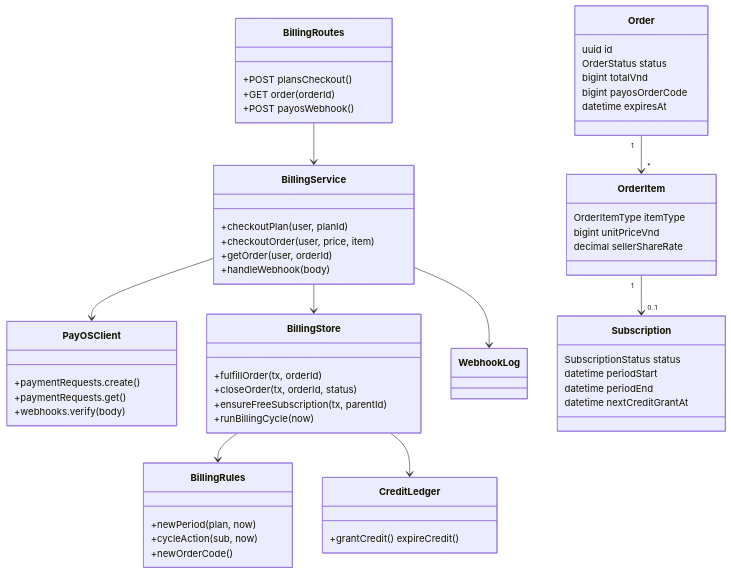
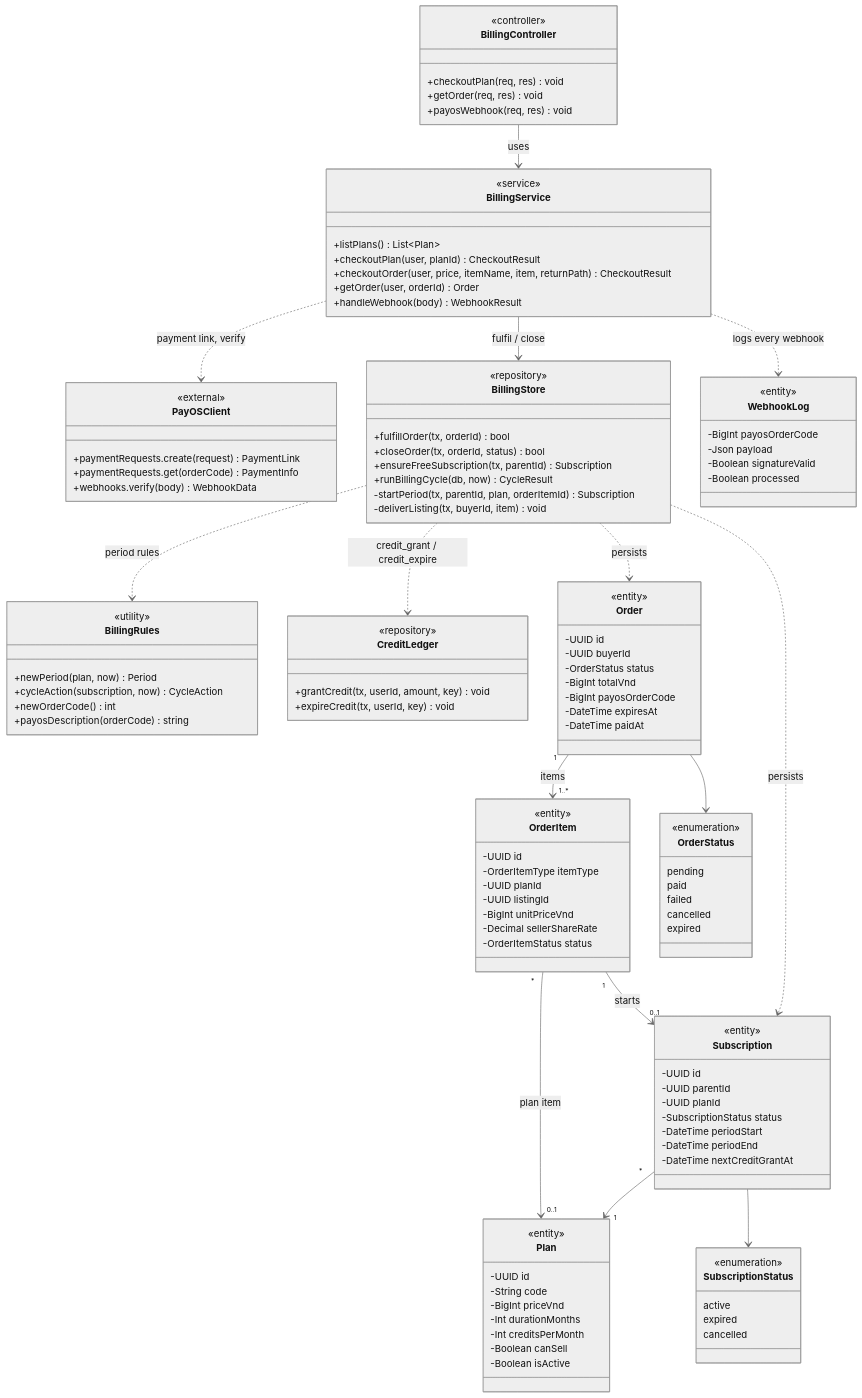
One commit to SEP490-GFA26SE186/BE changed the diagram in docs/diagrams/sdd/3.5-billing-class.mmd. Above: the diagram before and after it, drawn with Mermaid. The commit also changed 46 other files, not shown here.

First line of the commit message:
Refactor class diagrams and sequence diagrams for monitoring, publishing, and withdrawals

```diff
--- a/docs/diagrams/sdd/3.5-billing-class.mmd
+++ b/docs/diagrams/sdd/3.5-billing-class.mmd
@@ -1,58 +1,120 @@
+%%{init: {"theme": "neutral", "themeVariables": {"fontFamily": "Arial"}}}%%
 classDiagram
-  class BillingRoutes {
-    +POST plansCheckout()
-    +GET order(orderId)
-    +POST payosWebhook()
+  direction TB
+  class BillingController {
+    <<controller>>
+    +checkoutPlan(req, res) void
+    +getOrder(req, res) void
+    +payosWebhook(req, res) void
   }
   class BillingService {
-    +checkoutPlan(user, planId)
-    +checkoutOrder(user, price, item)
-    +getOrder(user, orderId)
-    +handleWebhook(body)
+    <<service>>
+    +listPlans() List~Plan~
+    +checkoutPlan(user, planId) CheckoutResult
+    +checkoutOrder(user, price, itemName, item, returnPath) CheckoutResult
+    +getOrder(user, orderId) Order
+    +handleWebhook(body) WebhookResult
   }
   class BillingStore {
-    +fulfillOrder(tx, orderId)
-    +closeOrder(tx, orderId, status)
-    +ensureFreeSubscription(tx, parentId)
-    +runBillingCycle(now)
+    <<repository>>
+    +fulfillOrder(tx, orderId) bool
+    +closeOrder(tx, orderId, status) bool
+    +ensureFreeSubscription(tx, parentId) Subscription
+    +runBillingCycle(db, now) CycleResult
+    -startPeriod(tx, parentId, plan, orderItemId) Subscription
+    -deliverListing(tx, buyerId, item) void
   }
   class BillingRules {
-    +newPeriod(plan, now)
-    +cycleAction(sub, now)
-    +newOrderCode()
+    <<utility>>
+    +newPeriod(plan, now) Period
+    +cycleAction(subscription, now) CycleAction
+    +newOrderCode() int
+    +payosDescription(orderCode) string
   }
   class PayOSClient {
-    +paymentRequests.create()
-    +paymentRequests.get()
-    +webhooks.verify(body)
+    <<external>>
+    +paymentRequests.create(request) PaymentLink
+    +paymentRequests.get(orderCode) PaymentInfo
+    +webhooks.verify(body) WebhookData
   }
   class CreditLedger {
-    +grantCredit() expireCredit()
+    <<repository>>
+    +grantCredit(tx, userId, amount, key) void
+    +expireCredit(tx, userId, key) void
+  }
+  class Plan {
+    <<entity>>
+    -UUID id
+    -String code
+    -BigInt priceVnd
+    -Int durationMonths
+    -Int creditsPerMonth
+    -Boolean canSell
+    -Boolean isActive
   }
   class Order {
-    uuid id
-    OrderStatus status
-    bigint totalVnd
-    bigint payosOrderCode
-    datetime expiresAt
+    <<entity>>
+    -UUID id
+    -UUID buyerId
+    -OrderStatus status
+    -BigInt totalVnd
+    -BigInt payosOrderCode
+    -DateTime expiresAt
+    -DateTime paidAt
   }
   class OrderItem {
-    OrderItemType itemType
-    bigint unitPriceVnd
-    decimal sellerShareRate
+    <<entity>>
+    -UUID id
+    -OrderItemType itemType
+    -UUID planId
+    -UUID listingId
+    -BigInt unitPriceVnd
+    -Decimal sellerShareRate
+    -OrderItemStatus status
   }
   class Subscription {
-    SubscriptionStatus status
-    datetime periodStart
-    datetime periodEnd
-    datetime nextCreditGrantAt
+    <<entity>>
+    -UUID id
+    -UUID parentId
+    -UUID planId
+    -SubscriptionStatus status
+    -DateTime periodStart
+    -DateTime periodEnd
+    -DateTime nextCreditGrantAt
   }
-  class WebhookLog
-  BillingRoutes --> BillingService
-  BillingService --> PayOSClient
-  BillingService --> BillingStore
-  BillingStore --> BillingRules
-  BillingStore --> CreditLedger
-  Order "1" --> "*" OrderItem
-  OrderItem "1" --> "0..1" Subscription
-  BillingService --> WebhookLog
+  class WebhookLog {
+    <<entity>>
+    -BigInt payosOrderCode
+    -Json payload
+    -Boolean signatureValid
+    -Boolean processed
+  }
+  class OrderStatus {
+    <<enumeration>>
+    pending
+    paid
+    failed
+    cancelled
+    expired
+  }
+  class SubscriptionStatus {
+    <<enumeration>>
+    active
+    expired
+    cancelled
+  }
+
+  BillingController --> BillingService : uses
+  BillingService ..> PayOSClient : payment link, verify
+  BillingService --> BillingStore : fulfil / close
+  BillingStore ..> BillingRules : period rules
+  BillingStore ..> CreditLedger : credit_grant / credit_expire
+  BillingService ..> WebhookLog : logs every webhook
+  BillingStore ..> Order : persists
+  BillingStore ..> Subscription : persists
+  Order "1" --> "1..*" OrderItem : items
+  OrderItem "*" --> "0..1" Plan : plan item
+  OrderItem "1" --> "0..1" Subscription : starts
+  Subscription "*" --> "1" Plan
+  Order --> OrderStatus
+  Subscription --> SubscriptionStatus
```
